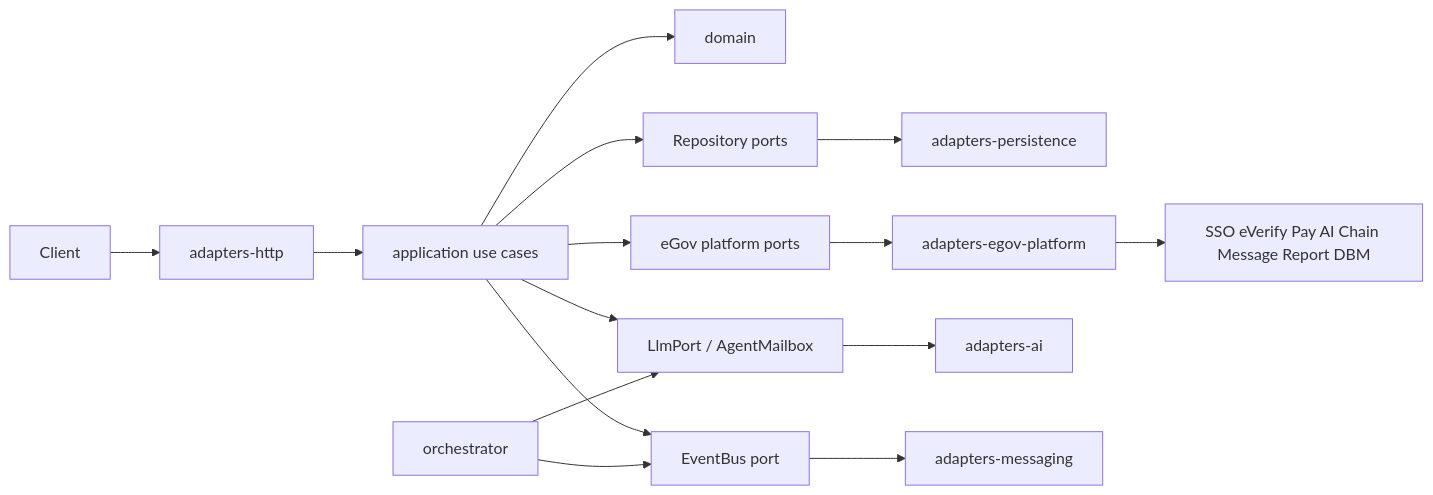
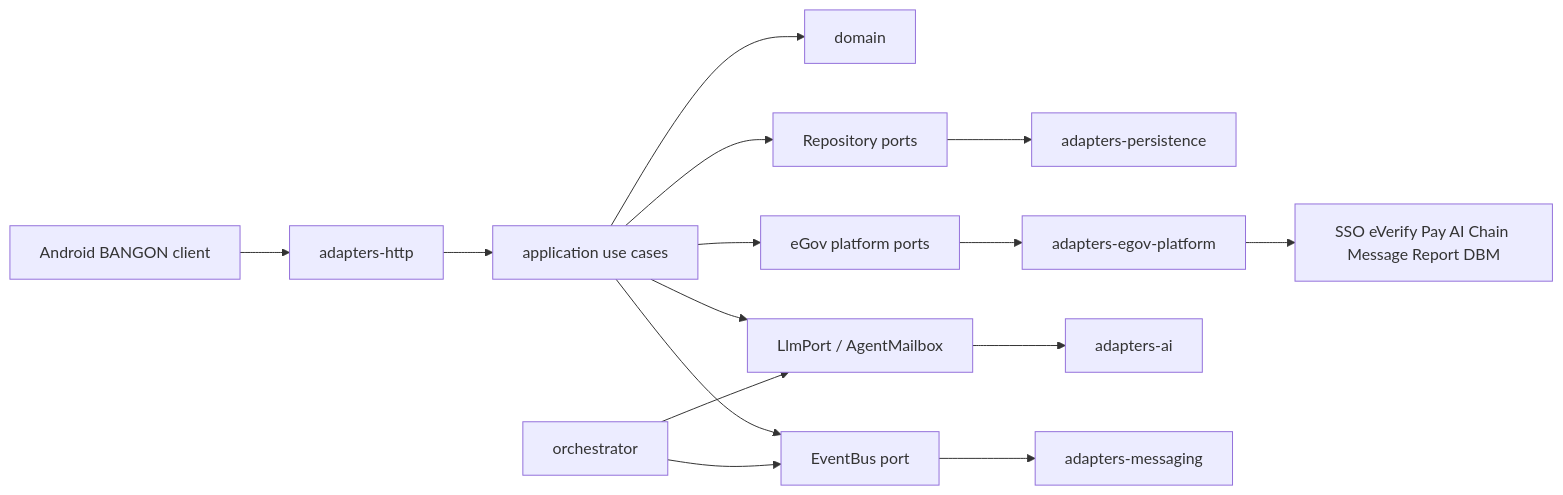
Before and after one commit to TadeyRuk/eGov: the diagram in docs/architecture.md, drawn with Mermaid. The commit also changed other lines of this file and 31 other files, not shown here.

First line of the commit message:
Close Phase 1–2 BANGON backend gaps and document Android-first client.

````diff
--- a/docs/architecture.md
+++ b/docs/architecture.md
@@ -108,17 +113,17 @@
 ```mermaid
 flowchart LR
-  Client[Client] --> Http[adapters-http]
+  Client[Android BANGON client] --> Http[adapters-http]
   Http --> UC[application use cases]
   UC --> Domain[domain]
   UC --> RepoPort[Repository ports]
   UC --> PlatformPorts[eGov platform ports]
   UC --> AiPort[LlmPort / AgentMailbox]
   RepoPort --> Persist[adapters-persistence]
   PlatformPorts --> Platform[adapters-egov-platform]
   AiPort --> Ai[adapters-ai]
   UC --> Events[EventBus port]
   Events --> Msg[adapters-messaging]
   Orch[orchestrator] --> AiPort
   Orch --> Events
   Platform --> ExtSSO[SSO eVerify Pay AI Chain Message Report DBM]
 ```
````
